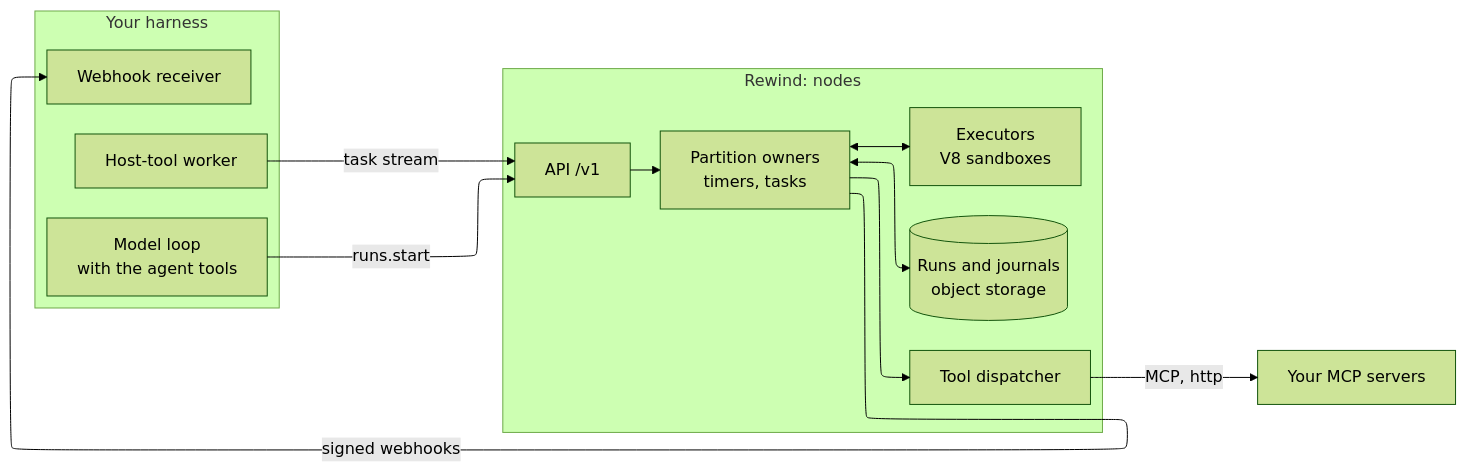
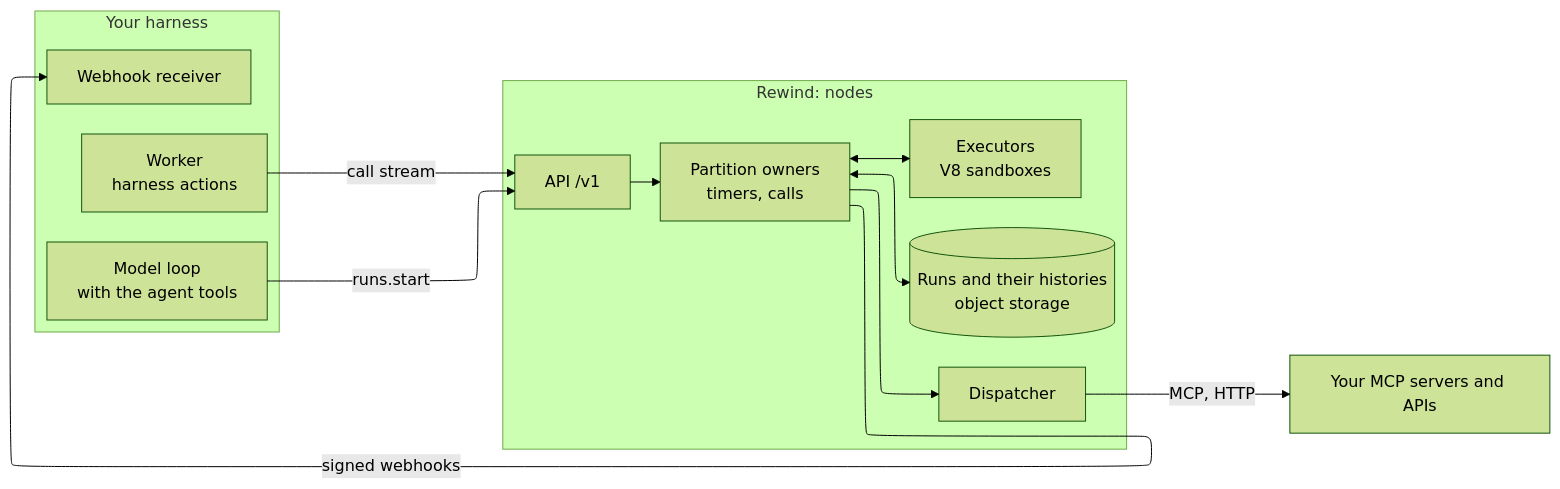
Before and after one commit to planchon/rewind.codes: the first of 2 diagrams in docs/concepts/how-it-works.mdx, drawn with Mermaid (forest theme). The commit also changed other lines of this file and 49 other files, not shown here.

````diff
--- a/docs/concepts/how-it-works.mdx
+++ b/docs/concepts/how-it-works.mdx
@@ -11,28 +11,28 @@
 ```mermaid
 %%{init: {'flowchart': {'defaultRenderer': 'elk'}}}%%
 flowchart LR
   subgraph harness["Your harness"]
     direction TB
     model["Model loop<br/>with the agent tools"]
-    worker["Host-tool worker"]
+    worker["Worker<br/>harness actions"]
     hooks["Webhook receiver"]
   end
   subgraph rewind["Rewind: nodes"]
     direction TB
     api["API /v1"]
-    owners["Partition owners<br/>timers, tasks"]
+    owners["Partition owners<br/>timers, calls"]
     executors["Executors<br/>V8 sandboxes"]
-    dispatcher["Tool dispatcher"]
-    store[("Runs and journals<br/>object storage")]
+    dispatcher["Dispatcher"]
+    store[("Runs and their histories<br/>object storage")]
   end
-  mcp["Your MCP servers"]
+  mcp["Your MCP servers and APIs"]
 
   model -- "runs.start" --> api
-  worker -- "task stream" --> api
+  worker -- "call stream" --> api
   owners -- "signed webhooks" --> hooks
   api --> owners
   owners <--> store
   owners <--> executors
   owners --> dispatcher
-  dispatcher -- "MCP, http" --> mcp
+  dispatcher -- "MCP, HTTP" --> mcp
 ```
````
